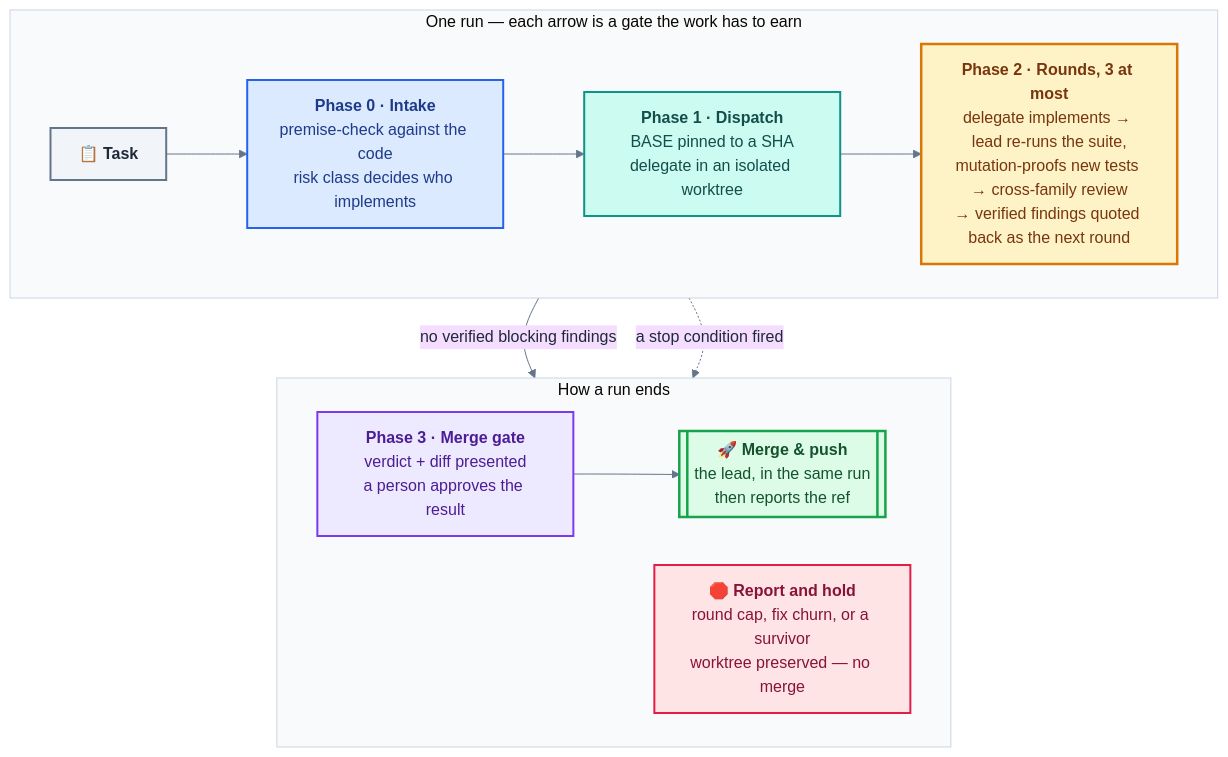
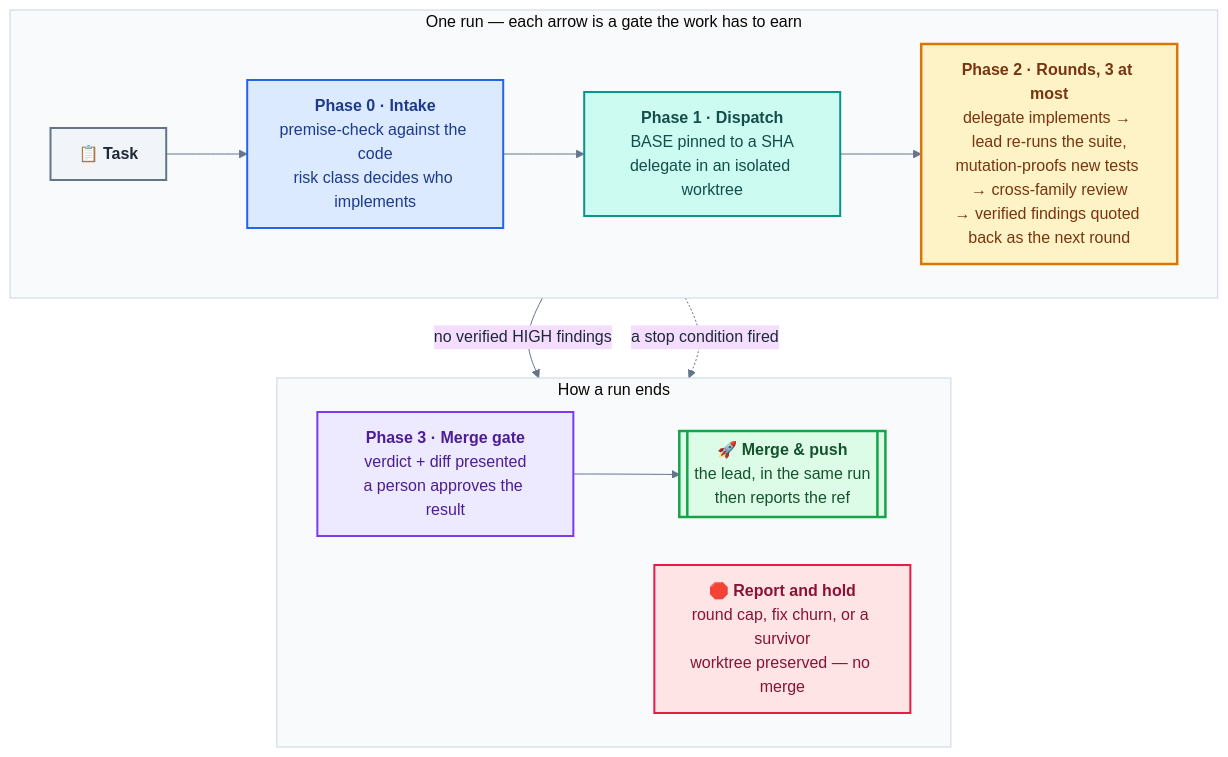
One commit to aarontzeng/dev-lead changed the second of 2 diagrams in README.md. Above: the diagram before and after it, drawn with Mermaid. The commit also changed 7 other files, not shown here.

````diff
--- a/README.md
+++ b/README.md
@@ -160,38 +160,38 @@
 ```mermaid
 %%{init: {"theme": "base", "themeVariables": {"fontFamily": "ui-sans-serif, system-ui, sans-serif", "fontSize": "16px", "primaryTextColor": "#1f2937", "lineColor": "#64748b", "clusterBkg": "#f8fafc", "clusterBorder": "#cbd5e1"}, "flowchart": {"nodeSpacing": 48, "rankSpacing": 56, "padding": 14, "htmlLabels": true}}}%%
 flowchart TB
     subgraph RUN["One run — each arrow is a gate the work has to earn"]
         direction LR
         T["📋 <b>Task</b>"]
         P0["<b>Phase 0 · Intake</b><br/>premise-check against the code<br/>risk class decides who implements"]
         P1["<b>Phase 1 · Dispatch</b><br/>BASE pinned to a SHA<br/>delegate in an isolated worktree"]
         P2["<b>Phase 2 · Rounds, 3 at most</b><br/>delegate implements → lead re-runs the suite,<br/>mutation-proofs new tests → cross-family review<br/>→ verified findings quoted back as the next round"]
         T --> P0 --> P1 --> P2
     end
 
     subgraph END["How a run ends"]
         direction LR
         M["<b>Phase 3 · Merge gate</b><br/>verdict + diff presented<br/>a person approves the result"]
         F[["🚀 <b>Merge & push</b><br/>the lead, in the same run<br/>then reports the ref"]]
         H["🛑 <b>Report and hold</b><br/>round cap, fix churn, or a survivor<br/>worktree preserved — no merge"]
         M --> F
     end
 
-    P2 -->|"no verified blocking findings"| M
+    P2 -->|"no verified HIGH findings"| M
     P2 -.->|"a stop condition fired"| H
 
     classDef task fill:#f1f5f9,stroke:#64748b,stroke-width:2px,color:#1f2937
     classDef intake fill:#dbeafe,stroke:#2563eb,stroke-width:2px,color:#1e3a8a
     classDef dispatch fill:#ccfbf1,stroke:#0d9488,stroke-width:2px,color:#134e4a
     classDef rounds fill:#fef3c7,stroke:#d97706,stroke-width:2.5px,color:#78350f
     classDef gate fill:#ede9fe,stroke:#7c3aed,stroke-width:2px,color:#4c1d95
     classDef push fill:#dcfce7,stroke:#16a34a,stroke-width:2.5px,color:#14532d
     classDef hold fill:#ffe4e6,stroke:#e11d48,stroke-width:2px,color:#881337
     class T task
     class P0 intake
     class P1 dispatch
     class P2 rounds
     class M gate
     class F push
     class H hold
 ```
````
